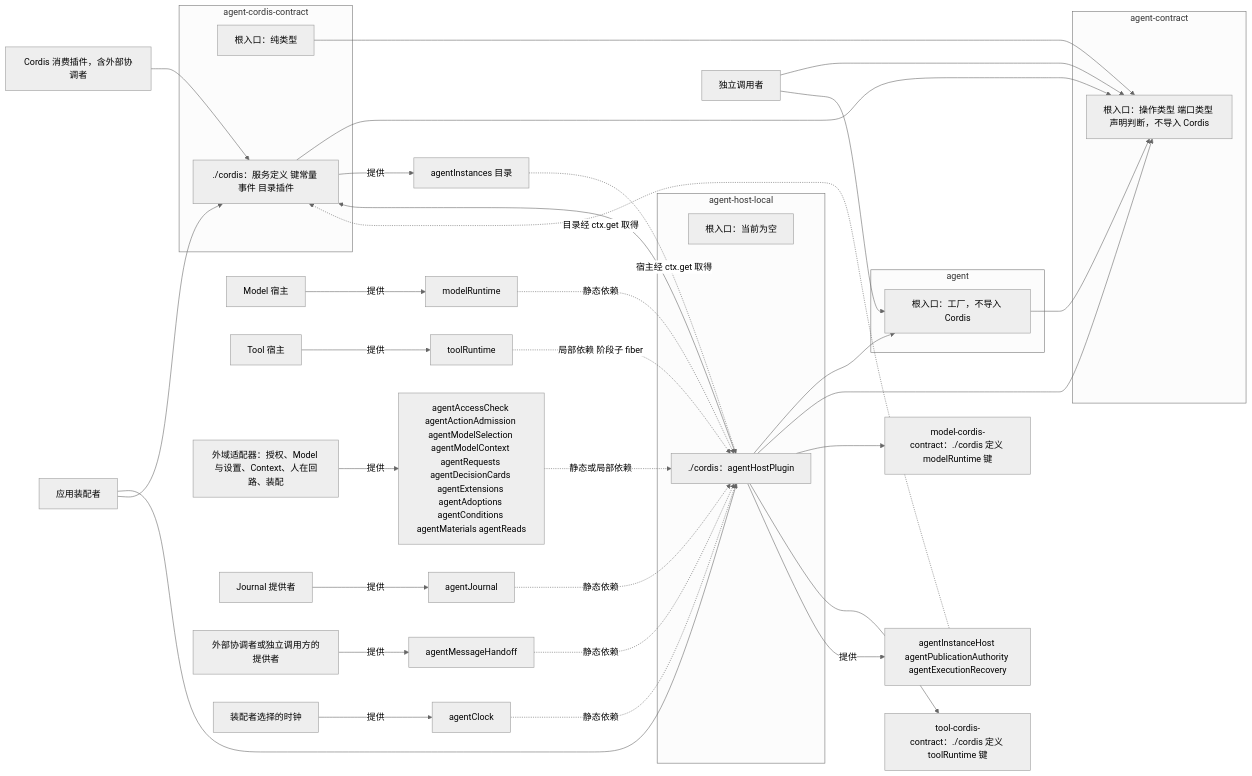
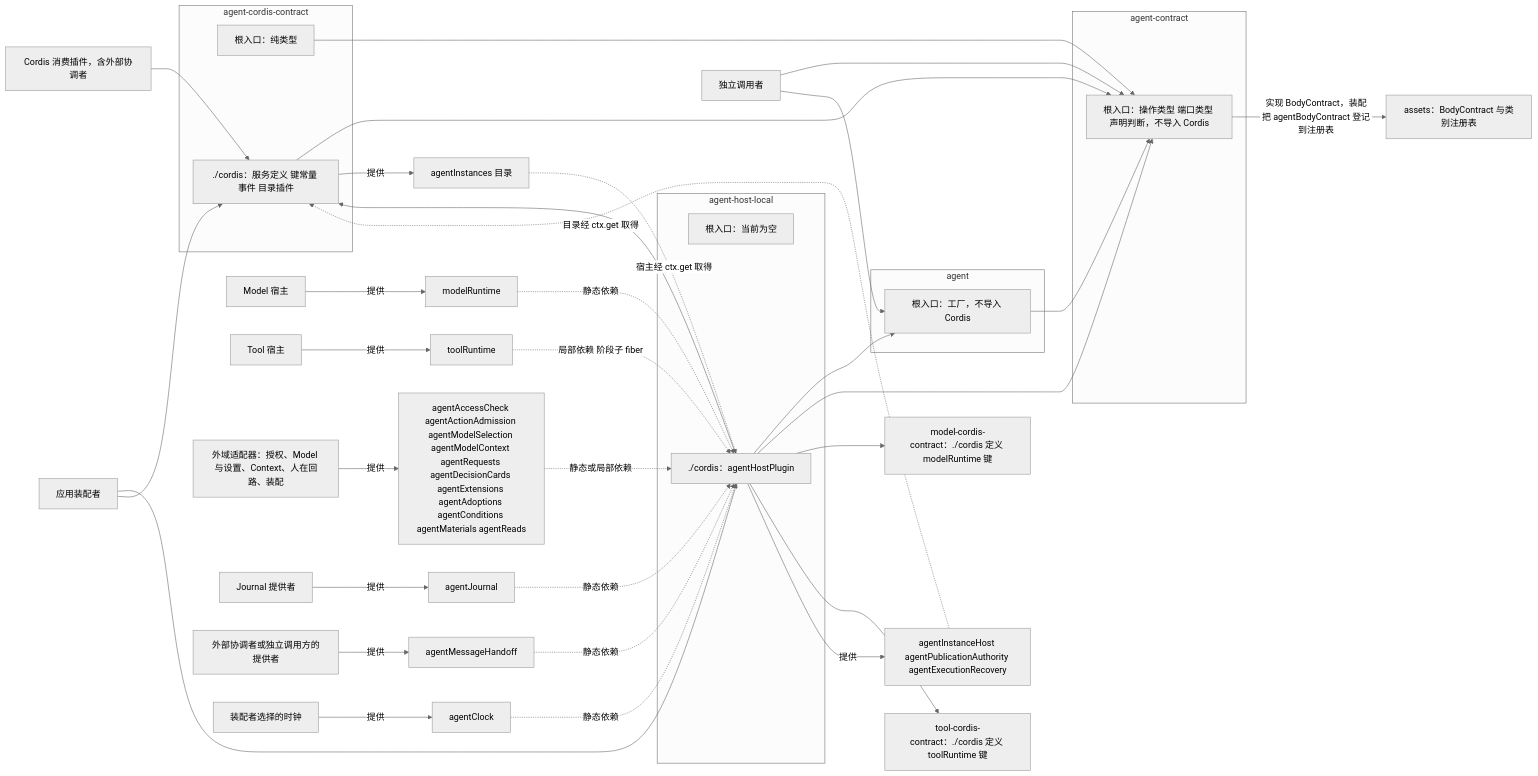
Before and after one commit to nemori-ai/omne-harness-lite: the third of 6 diagrams in packages/agent/agent-contract/docs/context.md, drawn with Mermaid (neutral theme). The commit also changed other lines of this file and 9 other files, not shown here.

````diff
--- a/packages/agent/agent-contract/docs/context.md
+++ b/packages/agent/agent-contract/docs/context.md
@@ -51,48 +51,50 @@
 ```mermaid
 flowchart LR
   subgraph PC[agent-contract]
     PCR["根入口：操作类型 端口类型 声明判断，不导入 Cordis"]
   end
   subgraph IM[agent]
     IMR["根入口：工厂，不导入 Cordis"]
   end
   subgraph DF[agent-cordis-contract]
     DFR["根入口：纯类型"]
     DFC["./cordis：服务定义 键常量 事件 目录插件"]
   end
   subgraph HL[agent-host-local]
     HLR["根入口：当前为空"]
     HLC["./cordis：agentHostPlugin"]
   end
+  AS["assets：BodyContract 与类别注册表"]
+  PCR -->|实现 BodyContract，装配把 agentBodyContract 登记到注册表| AS
   Ind[独立调用者] --> PCR
   Ind --> IMR
   IMR --> PCR
   DFR --> PCR
   DFC --> PCR
   Cons[Cordis 消费插件，含外部协调者] --> DFC
   HLC --> DFC
   HLC --> IMR
   HLC --> PCR
   App[应用装配者] --> HLC
   App --> DFC
   MCD["model-cordis-contract：./cordis 定义 modelRuntime 键"]
   TCD["tool-cordis-contract：./cordis 定义 toolRuntime 键"]
   HLC --> MCD
   HLC --> TCD
   MP["Model 宿主"] -->|提供| KMR["modelRuntime"]
   TP["Tool 宿主"] -->|提供| KTR["toolRuntime"]
   KMR -.->|静态依赖| HLC
   KTR -.->|局部依赖 阶段子 fiber| HLC
   HLC -->|提供| KH["agentInstanceHost agentPublicationAuthority agentExecutionRecovery"]
   DFC -->|提供| KD["agentInstances 目录"]
   EXA["外域适配器：授权、Model 与设置、Context、人在回路、装配"] -->|提供| KE["agentAccessCheck agentActionAdmission agentModelSelection agentModelContext agentRequests agentDecisionCards agentExtensions agentAdoptions agentConditions agentMaterials agentReads"]
   JP["Journal 提供者"] -->|提供| KJ["agentJournal"]
   CO["外部协调者或独立调用方的提供者"] -->|提供| KM["agentMessageHandoff"]
   CL["装配者选择的时钟"] -->|提供| KC["agentClock"]
   KE -.->|静态或局部依赖| HLC
   KJ -.->|静态依赖| HLC
   KM -.->|静态依赖| HLC
   KC -.->|静态依赖| HLC
   KH -.->|目录经 ctx.get 取得| DFC
   KD -.->|宿主经 ctx.get 取得| HLC
 ```
````
